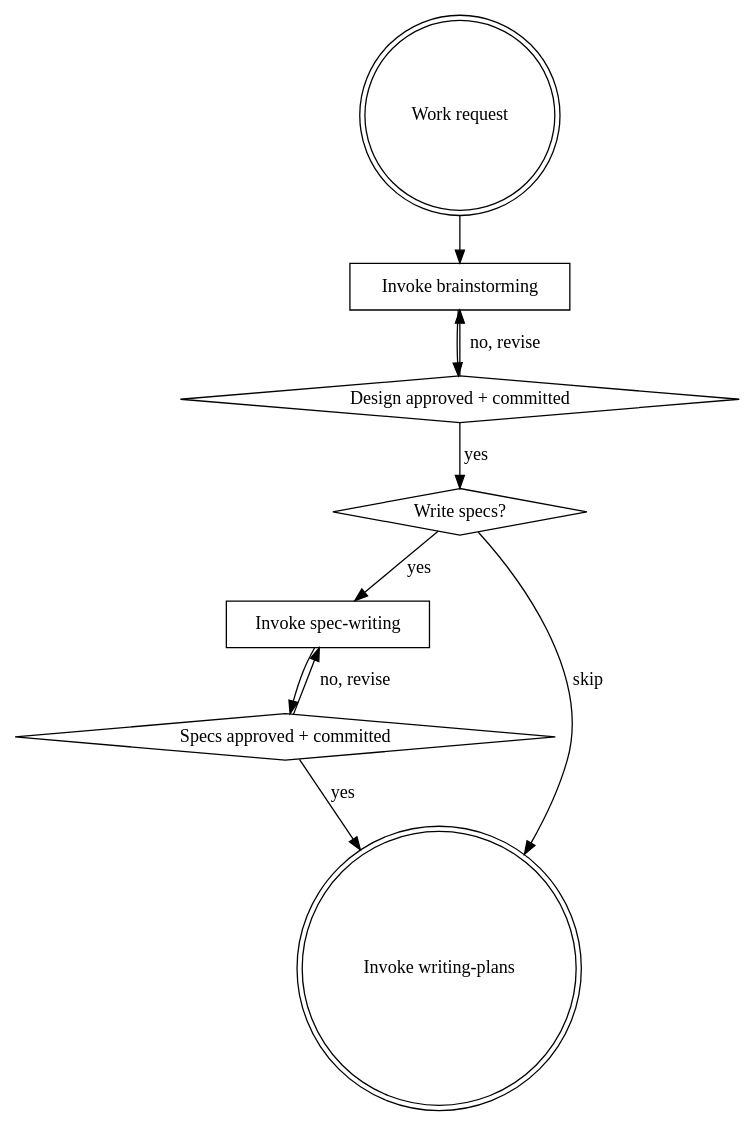
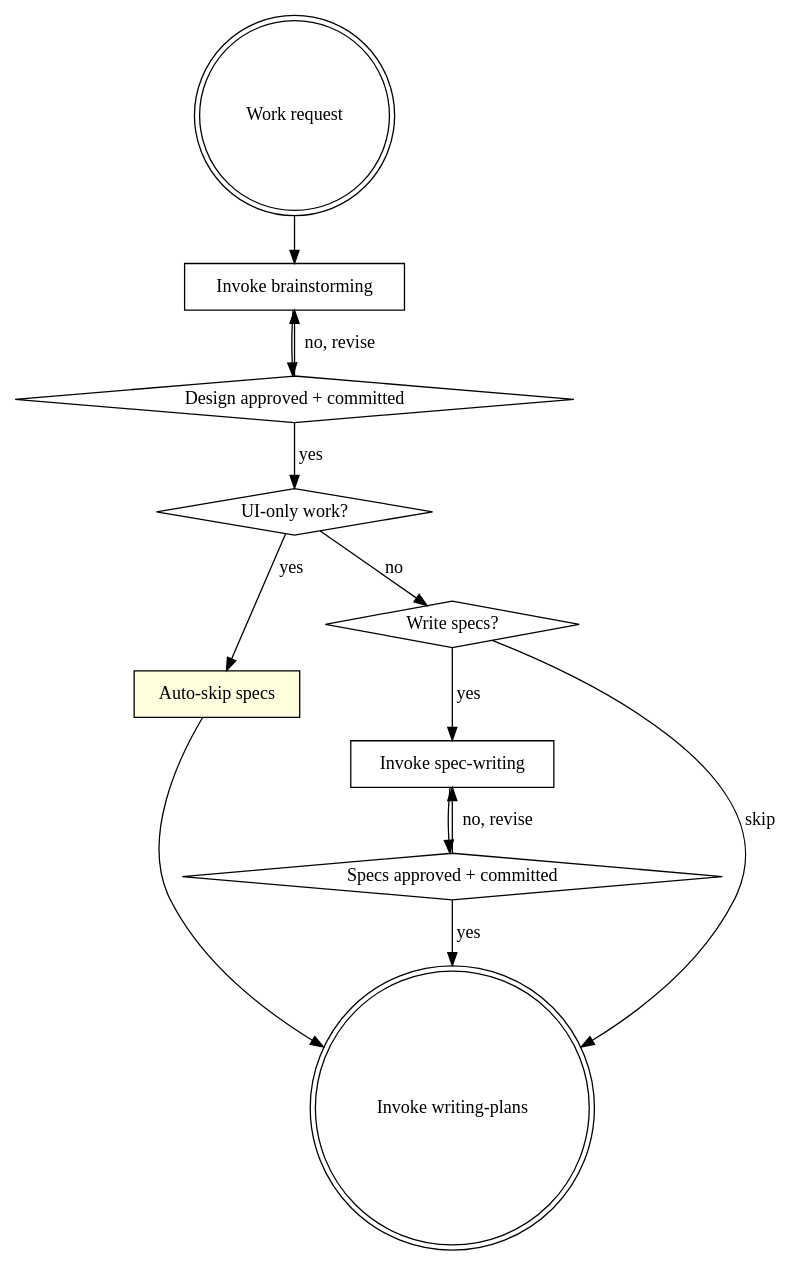
One commit to pandaworks-software-plt/pandahrms-skills changed the diagram in skills/development-workflow/SKILL.md. Above: the diagram before and after it, drawn with Graphviz. The commit also changed other lines of this file and 2 other files, not shown here.

Commit message:
feat: remove context-continuation skill, auto-skip specs for UI work
Remove context-continuation skill (redundant with built-in context
compression and memory system). Update development-workflow to
auto-skip spec-writing for UI-only changes without prompting.

````diff
--- a/skills/development-workflow/SKILL.md
+++ b/skills/development-workflow/SKILL.md
@@ -24,21 +24,26 @@
 ```dot
 digraph pipeline {
     "Work request" [shape=doublecircle];
     "Invoke brainstorming" [shape=box];
     "Design approved + committed" [shape=diamond];
+    "UI-only work?" [shape=diamond];
+    "Auto-skip specs" [shape=box, style=filled, fillcolor=lightyellow];
     "Write specs?" [shape=diamond];
     "Invoke spec-writing" [shape=box];
     "Specs approved + committed" [shape=diamond];
     "Invoke writing-plans" [shape=doublecircle];
 
     "Work request" -> "Invoke brainstorming";
     "Invoke brainstorming" -> "Design approved + committed";
     "Design approved + committed" -> "Invoke brainstorming" [label="no, revise"];
-    "Design approved + committed" -> "Write specs?" [label="yes"];
+    "Design approved + committed" -> "UI-only work?" [label="yes"];
+    "UI-only work?" -> "Auto-skip specs" [label="yes"];
+    "Auto-skip specs" -> "Invoke writing-plans";
+    "UI-only work?" -> "Write specs?" [label="no"];
     "Write specs?" -> "Invoke spec-writing" [label="yes"];
     "Write specs?" -> "Invoke writing-plans" [label="skip"];
     "Invoke spec-writing" -> "Specs approved + committed";
     "Specs approved + committed" -> "Invoke spec-writing" [label="no, revise"];
     "Specs approved + committed" -> "Invoke writing-plans" [label="yes"];
 }
 ```
````
